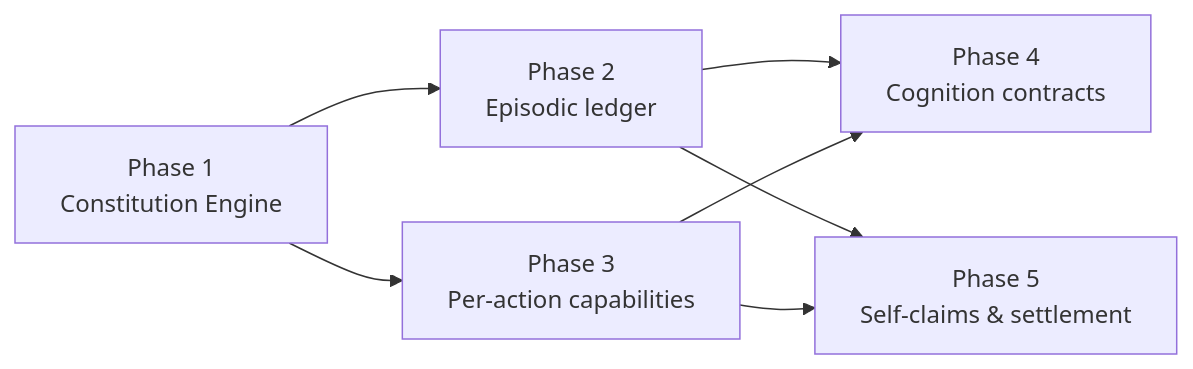
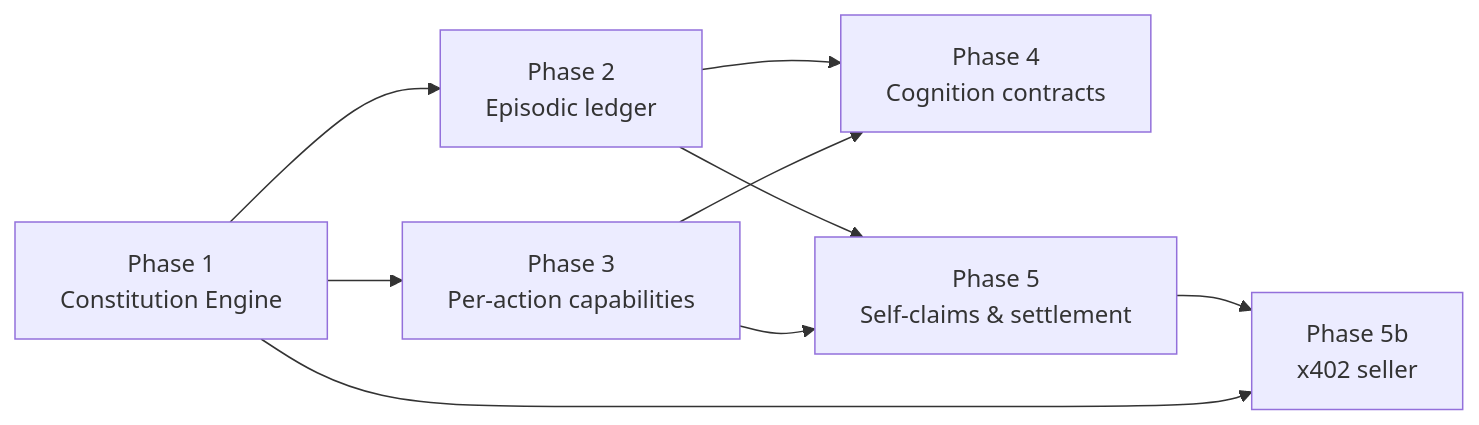
The fifth of 6 diagrams in specs/sovereign-agency-harness.md (ixoworld/qiforge), drawn with Mermaid before and after one commit. The commit also changed other lines of this file and 3 other files, not shown here.

First line of the commit message:
docs(specs): add the x402 seller phase and record discovered follow-ups

````diff
--- a/specs/sovereign-agency-harness.md
+++ b/specs/sovereign-agency-harness.md
@@ -522,9 +523,11 @@
 ```mermaid
 graph LR
     P1["Phase 1<br/>Constitution Engine"] --> P2["Phase 2<br/>Episodic ledger"]
     P1 --> P3["Phase 3<br/>Per-action capabilities"]
     P2 --> P4["Phase 4<br/>Cognition contracts"]
     P3 --> P4
     P2 --> P5["Phase 5<br/>Self-claims & settlement"]
     P3 --> P5
+    P5 --> P5B["Phase 5b<br/>x402 seller"]
+    P1 --> P5B
 ```
````
